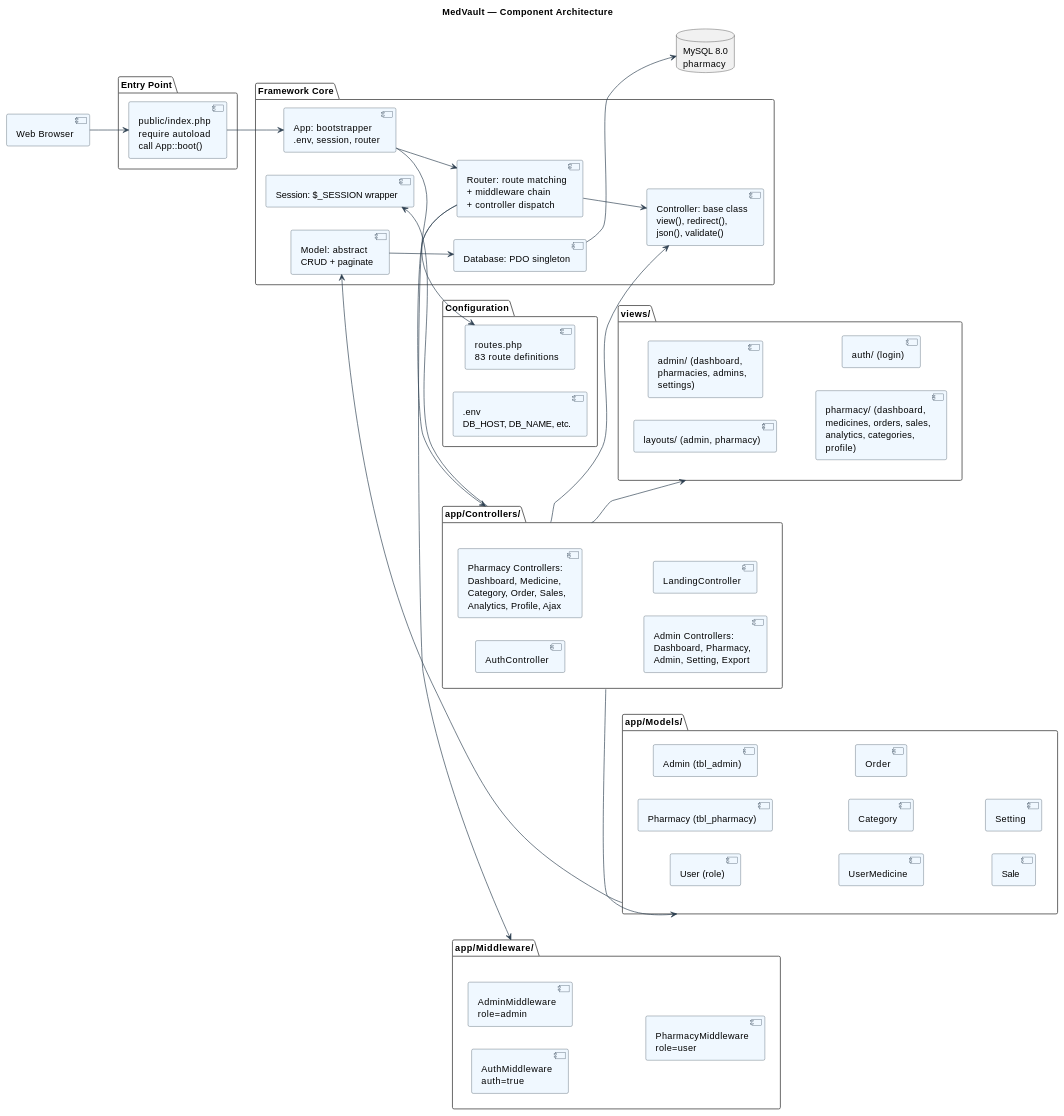
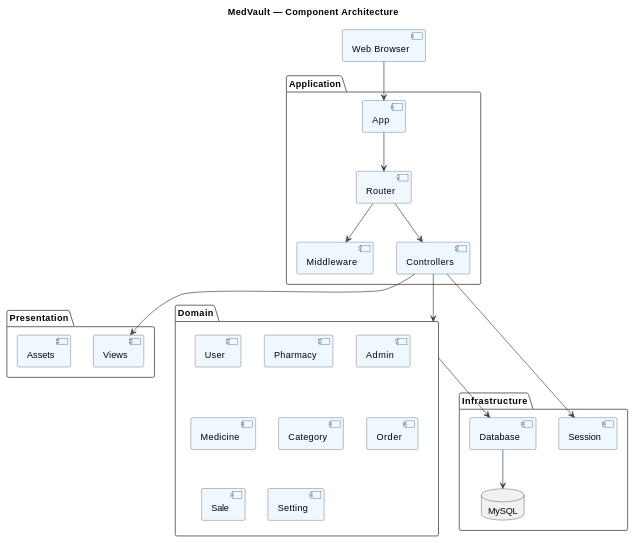
The eighth of 9 diagrams in docs/diagrams.md (RibeshMaharjan/MedVault), drawn with PlantUML before and after one commit. The commit also changed other lines of this file, not shown here.

Commit message:
refactor(state-diagram): remove verification block, shorten labels, trim duplicate features

````diff
--- a/docs/diagrams.md
+++ b/docs/diagrams.md
@@ -837,76 +762,48 @@
 }
 skinparam PackageBackgroundColor transparent
 skinparam PackageBorderColor #666666
-left to right direction
 
 title MedVault — Component Architecture
 
 [Web Browser] as Browser
 
-package "Entry Point" {
-    [public/index.php\nrequire autoload\ncall App::boot()] as Entry
+package "Presentation" {
+    [Views] as Views
+    [Assets] as Assets
 }
 
-package "Framework Core" {
-    [App: bootstrapper\n.env, session, router] as App
-    [Router: route matching\n+ middleware chain\n+ controller dispatch] as Router
-    [Database: PDO singleton] as Database
-    [Session: $_SESSION wrapper] as Session
-    [Controller: base class\nview(), redirect(),\njson(), validate()] as BaseCtrl
-    [Model: abstract\nCRUD + paginate] as BaseModel
+package "Application" {
+    [App] as App
+    [Router] as Router
+    [Middleware] as Middleware
+    [Controllers] as Controllers
 }
 
-package "app/Middleware/" as MiddlewarePkg {
-    [AuthMiddleware\nauth=true] as AuthM
-    [AdminMiddleware\nrole=admin] as AdminM
-    [PharmacyMiddleware\nrole=user] as PharmacyM
-}
-
-package "app/Controllers/" as Controllers {
-    [AuthController] as AuthCtrl
-    [Pharmacy Controllers:\nDashboard, Medicine,\nCategory, Order, Sales,\nAnalytics, Profile, Ajax] as PharmCtrls
-    [Admin Controllers:\nDashboard, Pharmacy,\nAdmin, Setting, Export] as AdminCtrls
-    [LandingController] as LandingCtrl
-}
-
-package "app/Models/" as Models {
-    [User (role)] as M_User
-    [Pharmacy (tbl_pharmacy)] as M_Pharmacy
-    [Admin (tbl_admin)] as M_Admin
-    [UserMedicine] as M_Medicine
+package "Domain" {
+    [User] as M_User
+    [Pharmacy] as M_Pharmacy
+    [Admin] as M_Admin
+    [Medicine] as M_Medicine
     [Category] as M_Category
     [Order] as M_Order
     [Sale] as M_Sale
     [Setting] as M_Setting
 }
 
-package "views/" as Views {
-    [layouts/ (admin, pharmacy)] as V_Layouts
-    [admin/ (dashboard,\npharmacies, admins,\nsettings)] as V_Admin
-    [pharmacy/ (dashboard,\nmedicines, orders, sales,\nanalytics, categories,\nprofile)] as V_Pharmacy
-    [auth/ (login)] as V_Auth
+package "Infrastructure" {
+    [Database] as Database
+    [Session] as Session
+    database "MySQL" as MySQL
 }
 
-package "Configuration" {
-    [routes.php\n83 route definitions] as Routes
-    [.env\nDB_HOST, DB_NAME, etc.] as Env
-}
-
-database "MySQL 8.0\npharmacy" as MySQL
-
-Browser --> Entry
-Entry --> App
-App --> Routes
+Browser --> App
 App --> Router
-Router --> MiddlewarePkg
-Router --> BaseCtrl
+Router --> Middleware
 Router --> Controllers
-Controllers --> BaseCtrl
-Controllers --> Models
+Controllers --> Domain
 Controllers --> Views
 Controllers --> Session
-Models --> BaseModel
-BaseModel --> Database
+Domain --> Database
 Database --> MySQL
 @enduml
 ```
````
